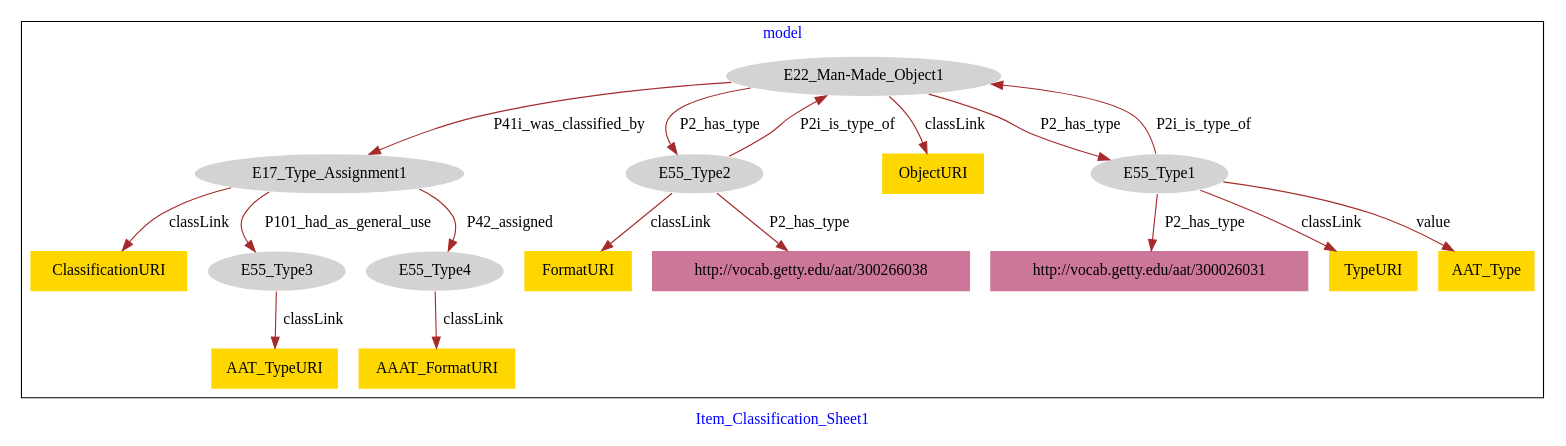
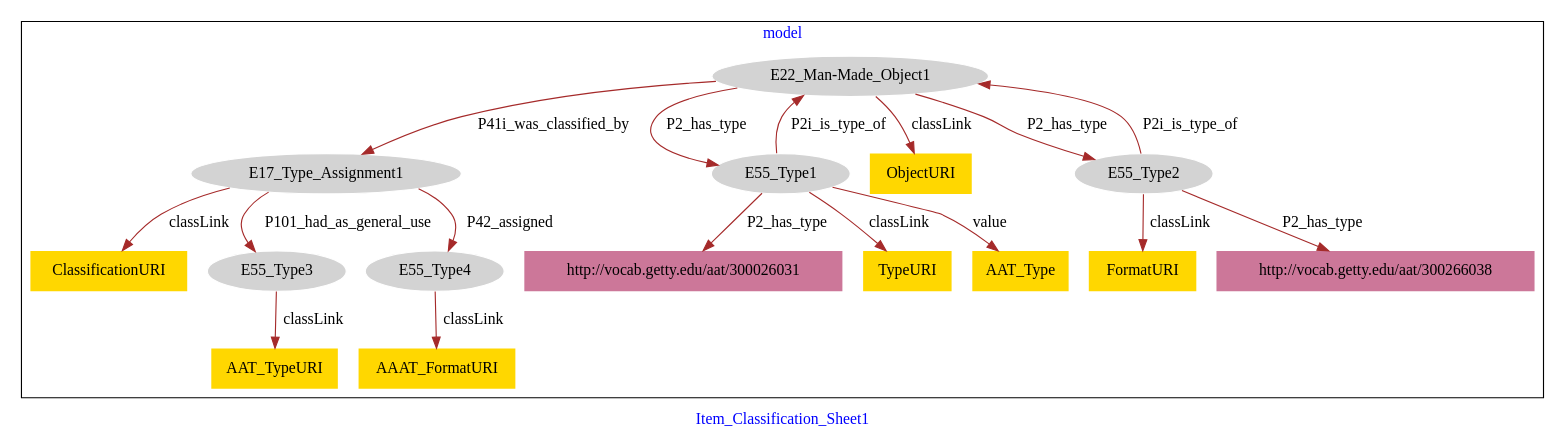
Before and after one commit to american-art/aaa: the diagram in Item_Classification/Item_Classification-model.dot, drawn with Graphviz.

Commit message:
Update file Item_Classification-model.dot

```diff
--- a/Item_Classification/Item_Classification-model.dot
+++ b/Item_Classification/Item_Classification-model.dot
@@ -1,39 +1,39 @@
 digraph n0 {
 fontcolor="blue"
 remincross="true"
 label="Item_Classification_Sheet1"
 subgraph cluster {
 label="model"
 n2[style="filled",color="white",fillcolor="lightgray",label="E17_Type_Assignment1"];
 n3[style="filled",color="white",fillcolor="lightgray",label="E55_Type3"];
 n4[style="filled",color="white",fillcolor="lightgray",label="E55_Type4"];
 n5[style="filled",color="white",fillcolor="lightgray",label="E22_Man-Made_Object1"];
-n6[style="filled",color="white",fillcolor="lightgray",label="E55_Type2"];
-n7[style="filled",color="white",fillcolor="lightgray",label="E55_Type1"];
+n6[style="filled",color="white",fillcolor="lightgray",label="E55_Type1"];
+n7[style="filled",color="white",fillcolor="lightgray",label="E55_Type2"];
 n8[shape="plaintext",style="filled",fillcolor="gold",label="ObjectURI"];
 n9[shape="plaintext",style="filled",fillcolor="gold",label="AAAT_FormatURI"];
-n10[shape="plaintext",style="filled",fillcolor="gold",label="TypeURI"];
-n11[shape="plaintext",style="filled",fillcolor="gold",label="AAT_TypeURI"];
-n12[shape="plaintext",style="filled",fillcolor="gold",label="ClassificationURI"];
+n10[shape="plaintext",style="filled",fillcolor="gold",label="AAT_TypeURI"];
+n11[shape="plaintext",style="filled",fillcolor="gold",label="FormatURI"];
+n12[shape="plaintext",style="filled",fillcolor="gold",label="TypeURI"];
 n13[shape="plaintext",style="filled",fillcolor="gold",label="AAT_Type"];
-n14[shape="plaintext",style="filled",fillcolor="gold",label="FormatURI"];
+n14[shape="plaintext",style="filled",fillcolor="gold",label="ClassificationURI"];
 n15[shape="plaintext",style="filled",fillcolor="#CC7799",label="http://vocab.getty.edu/aat/300026031"];
 n16[shape="plaintext",style="filled",fillcolor="#CC7799",label="http://vocab.getty.edu/aat/300266038"];
 }
 n2 -> n3[color="brown",fontcolor="black",label="P101_had_as_general_use"]
 n2 -> n4[color="brown",fontcolor="black",label="P42_assigned"]
 n5 -> n2[color="brown",fontcolor="black",label="P41i_was_classified_by"]
 n5 -> n6[color="brown",fontcolor="black",label="P2_has_type"]
 n7 -> n5[color="brown",fontcolor="black",label="P2i_is_type_of"]
 n5 -> n8[color="brown",fontcolor="black",label="classLink"]
 n4 -> n9[color="brown",fontcolor="black",label="classLink"]
-n7 -> n10[color="brown",fontcolor="black",label="classLink"]
-n3 -> n11[color="brown",fontcolor="black",label="classLink"]
-n2 -> n12[color="brown",fontcolor="black",label="classLink"]
-n7 -> n13[color="brown",fontcolor="black",label="value"]
-n6 -> n14[color="brown",fontcolor="black",label="classLink"]
+n3 -> n10[color="brown",fontcolor="black",label="classLink"]
+n7 -> n11[color="brown",fontcolor="black",label="classLink"]
+n6 -> n12[color="brown",fontcolor="black",label="classLink"]
+n6 -> n13[color="brown",fontcolor="black",label="value"]
+n2 -> n14[color="brown",fontcolor="black",label="classLink"]
 n5 -> n7[color="brown",fontcolor="black",label="P2_has_type"]
+n6 -> n15[color="brown",fontcolor="black",label="P2_has_type"]
+n7 -> n16[color="brown",fontcolor="black",label="P2_has_type"]
 n6 -> n5[color="brown",fontcolor="black",label="P2i_is_type_of"]
-n7 -> n15[color="brown",fontcolor="black",label="P2_has_type"]
-n6 -> n16[color="brown",fontcolor="black",label="P2_has_type"]
 }
```
